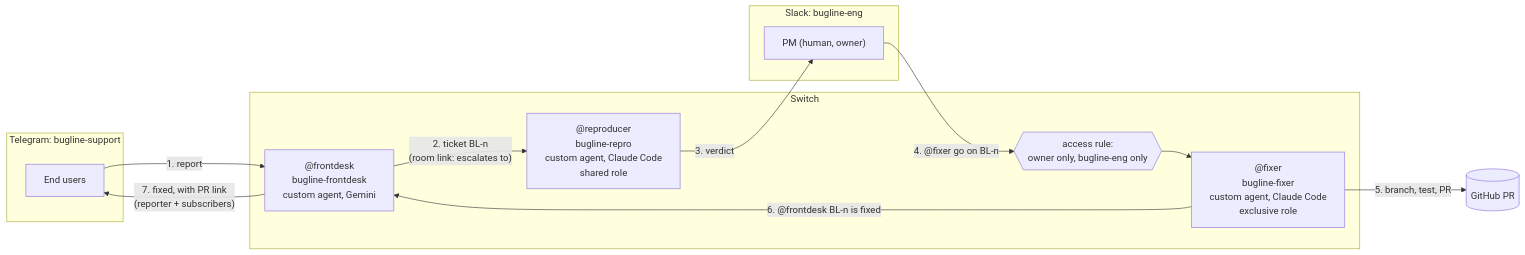
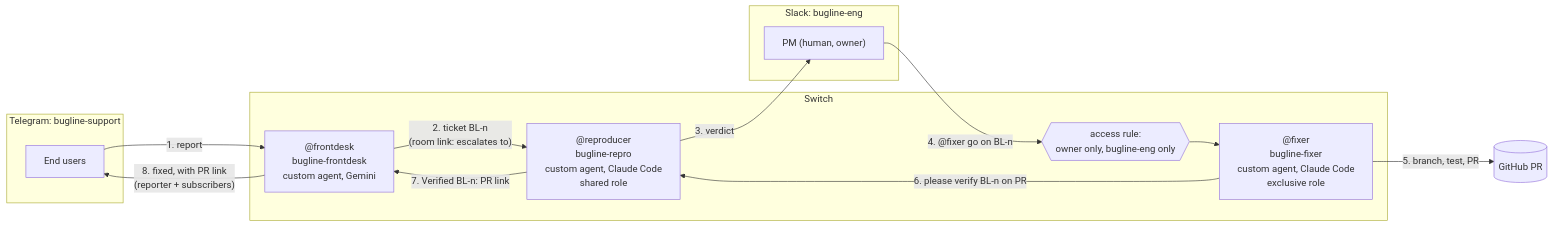
One commit to Ishaan2053/bugline changed the diagram in README.md. Above: the diagram before and after it, drawn with Mermaid. The commit also changed other lines of this file and 30 other files, not shown here.

````diff
--- a/README.md
+++ b/README.md
@@ -42,25 +42,26 @@
 ```mermaid
 flowchart LR
     subgraph TG["Telegram: bugline-support"]
         U["End users"]
     end
     subgraph SW["Switch"]
         FD["@frontdesk<br/>bugline-frontdesk<br/>custom agent, Gemini"]
         R["@reproducer<br/>bugline-repro<br/>custom agent, Claude Code<br/>shared role"]
         F["@fixer<br/>bugline-fixer<br/>custom agent, Claude Code<br/>exclusive role"]
         GATE{{"access rule:<br/>owner only, bugline-eng only"}}
     end
     subgraph SL["Slack: bugline-eng"]
         PM["PM (human, owner)"]
     end
     GH[("GitHub PR")]
 
     U -- "1. report" --> FD
     FD -- "2. ticket BL-n<br/>(room link: escalates to)" --> R
     R -- "3. verdict" --> PM
     PM -- "4. @fixer go on BL-n" --> GATE
     GATE --> F
     F -- "5. branch, test, PR" --> GH
-    F -- "6. @frontdesk BL-n is fixed" --> FD
-    FD -- "7. fixed, with PR link<br/>(reporter + subscribers)" --> U
+    F -- "6. please verify BL-n on PR" --> R
+    R -- "7. Verified BL-n: PR link" --> FD
+    FD -- "8. fixed, with PR link<br/>(reporter + subscribers)" --> U
 ```
````
